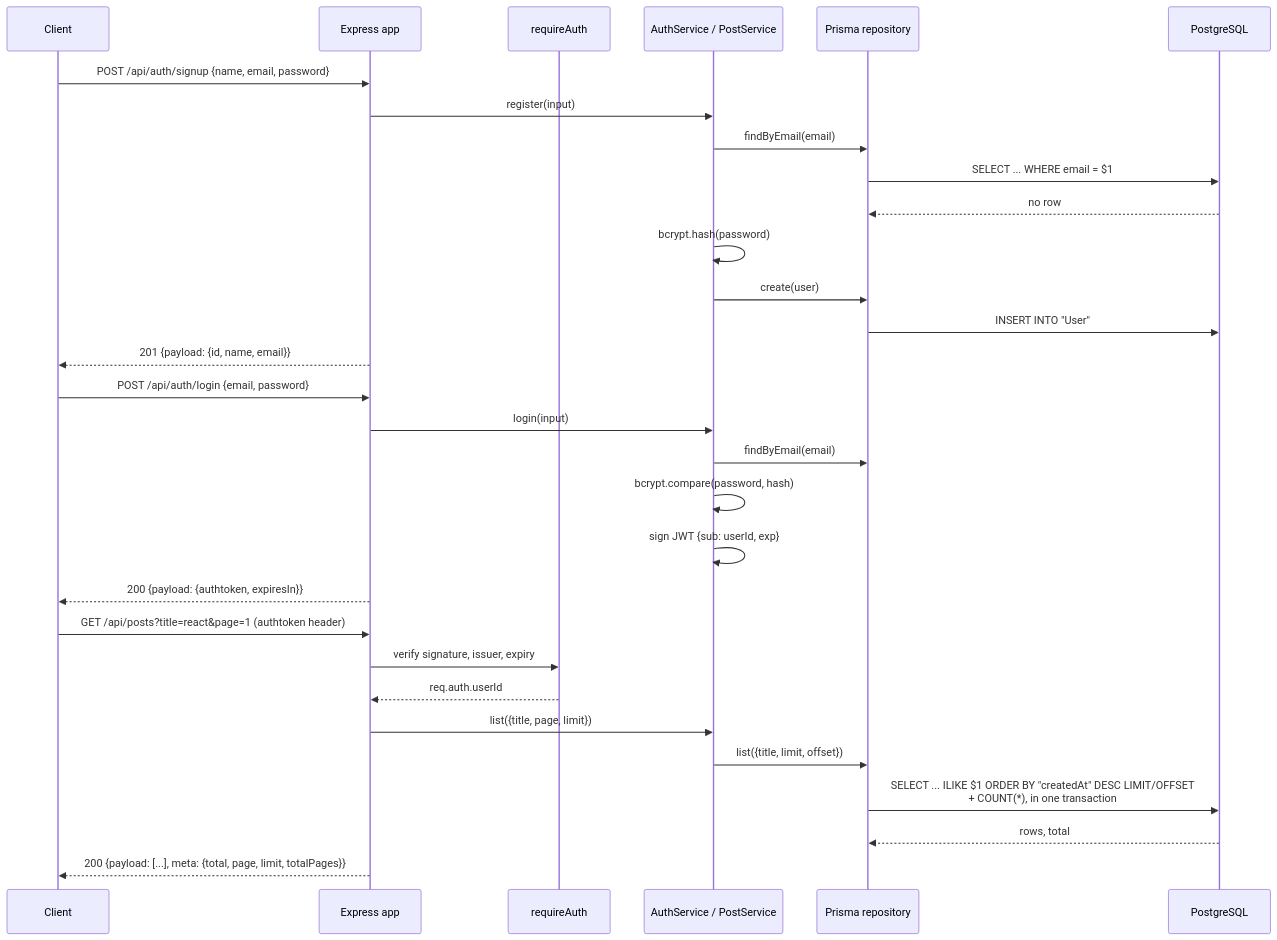
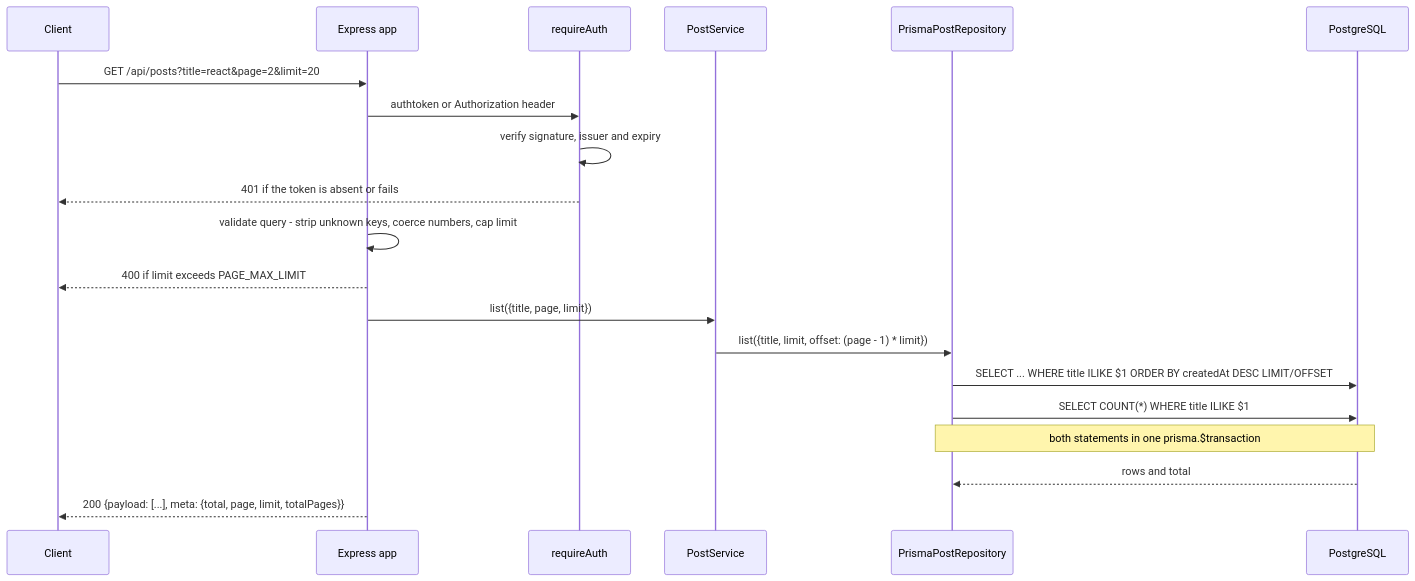
Before and after one commit to dev-mnadeem/article-publishing-api: the second of 2 diagrams in README.md, drawn with Mermaid. The commit also changed other lines of this file, not shown here.

````diff
--- a/README.md
+++ b/README.md
@@ -133,35 +61,23 @@
 ```mermaid
 sequenceDiagram
   participant C as Client
   participant A as Express app
   participant M as requireAuth
-  participant S as AuthService / PostService
-  participant R as Prisma repository
+  participant S as PostService
+  participant R as PrismaPostRepository
   participant D as PostgreSQL
 
-  C->>A: POST /api/auth/signup {name, email, password}
-  A->>S: register(input)
-  S->>R: findByEmail(email)
-  R->>D: SELECT ... WHERE email = $1
-  D-->>R: no row
-  S->>S: bcrypt.hash(password)
-  S->>R: create(user)
-  R->>D: INSERT INTO "User"
-  A-->>C: 201 {payload: {id, name, email}}
-
-  C->>A: POST /api/auth/login {email, password}
-  A->>S: login(input)
-  S->>R: findByEmail(email)
-  S->>S: bcrypt.compare(password, hash)
-  S->>S: sign JWT {sub: userId, exp}
-  A-->>C: 200 {payload: {authtoken, expiresIn}}
-
-  C->>A: GET /api/posts?title=react&page=1 (authtoken header)
-  A->>M: verify signature, issuer, expiry
-  M-->>A: req.auth.userId
+  C->>A: GET /api/posts?title=react&page=2&limit=20
+  A->>M: authtoken or Authorization header
+  M->>M: verify signature, issuer and expiry
+  M-->>C: 401 if the token is absent or fails
+  A->>A: validate query - strip unknown keys, coerce numbers, cap limit
+  A-->>C: 400 if limit exceeds PAGE_MAX_LIMIT
   A->>S: list({title, page, limit})
-  S->>R: list({title, limit, offset})
-  R->>D: SELECT ... ILIKE $1 ORDER BY "createdAt" DESC LIMIT/OFFSET<br/>+ COUNT(*), in one transaction
-  D-->>R: rows, total
+  S->>R: list({title, limit, offset: (page - 1) * limit})
+  R->>D: SELECT ... WHERE title ILIKE $1 ORDER BY createdAt DESC LIMIT/OFFSET
+  R->>D: SELECT COUNT(*) WHERE title ILIKE $1
+  Note over R,D: both statements in one prisma.$transaction
+  D-->>R: rows and total
   A-->>C: 200 {payload: [...], meta: {total, page, limit, totalPages}}
 ```
````
